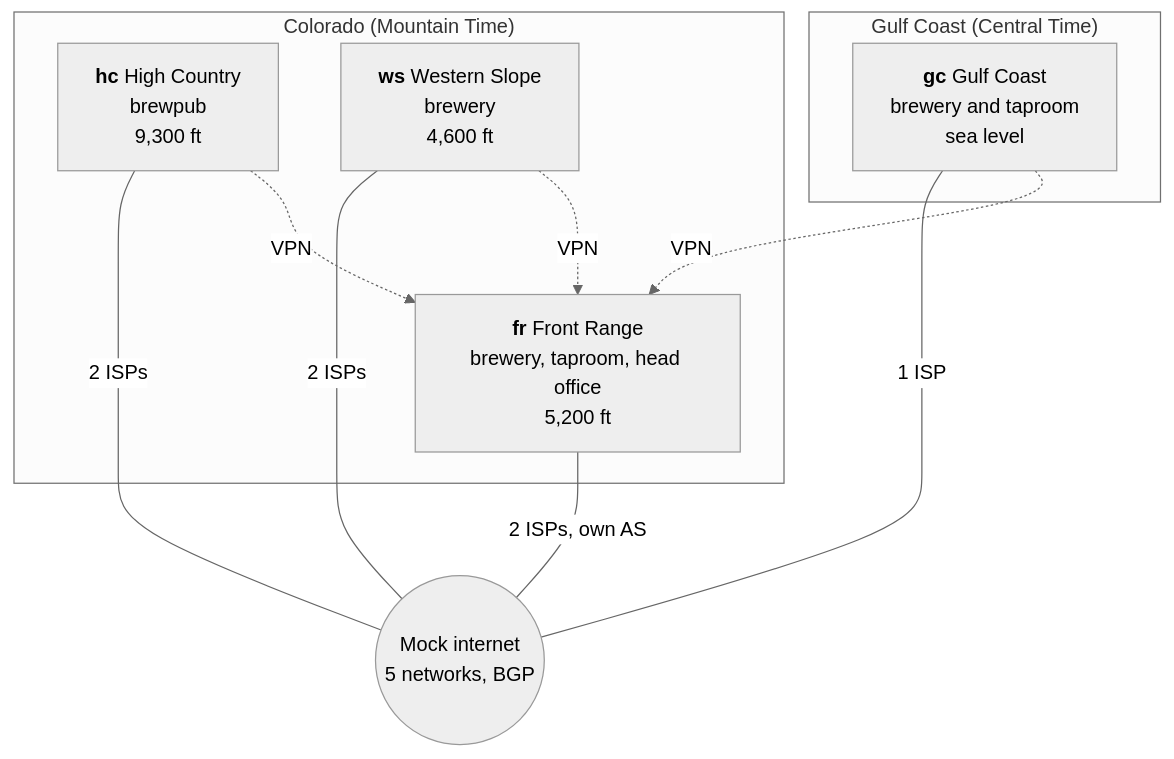
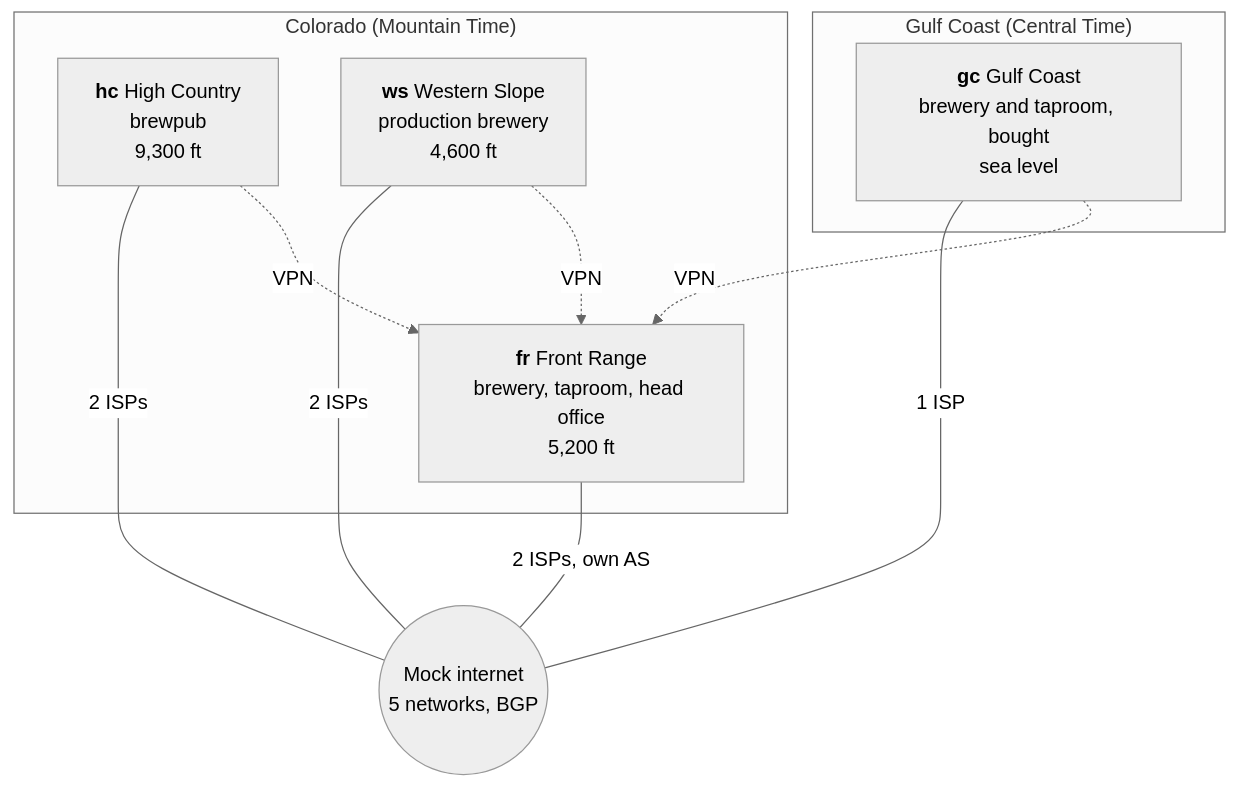
One commit to GhostofGoes/brew changed the second of 10 diagrams in docs/multisite/PLANS.md. Above: the diagram before and after it, drawn with Mermaid (neutral theme). The commit also changed other lines of this file and 15 other files, not shown here.

````diff
--- a/docs/multisite/PLANS.md
+++ b/docs/multisite/PLANS.md
@@ -86,19 +164,19 @@
 ```mermaid
 flowchart TB
   subgraph CO["Colorado (Mountain Time)"]
     FR["<b>fr</b> Front Range<br/>brewery, taproom, head office<br/>5,200 ft"]
     HC["<b>hc</b> High Country<br/>brewpub<br/>9,300 ft"]
-    WS["<b>ws</b> Western Slope<br/>brewery<br/>4,600 ft"]
+    WS["<b>ws</b> Western Slope<br/>production brewery<br/>4,600 ft"]
   end
   subgraph GULF["Gulf Coast (Central Time)"]
-    GC["<b>gc</b> Gulf Coast<br/>brewery and taproom<br/>sea level"]
+    GC["<b>gc</b> Gulf Coast<br/>brewery and taproom, bought<br/>sea level"]
   end
   NET(("Mock internet<br/>5 networks, BGP"))
   FR ---|"2 ISPs, own AS"| NET
   HC ---|"2 ISPs"| NET
   WS ---|"2 ISPs"| NET
   GC ---|"1 ISP"| NET
   HC -. "VPN" .-> FR
   WS -. "VPN" .-> FR
   GC -. "VPN" .-> FR
 ```
````
